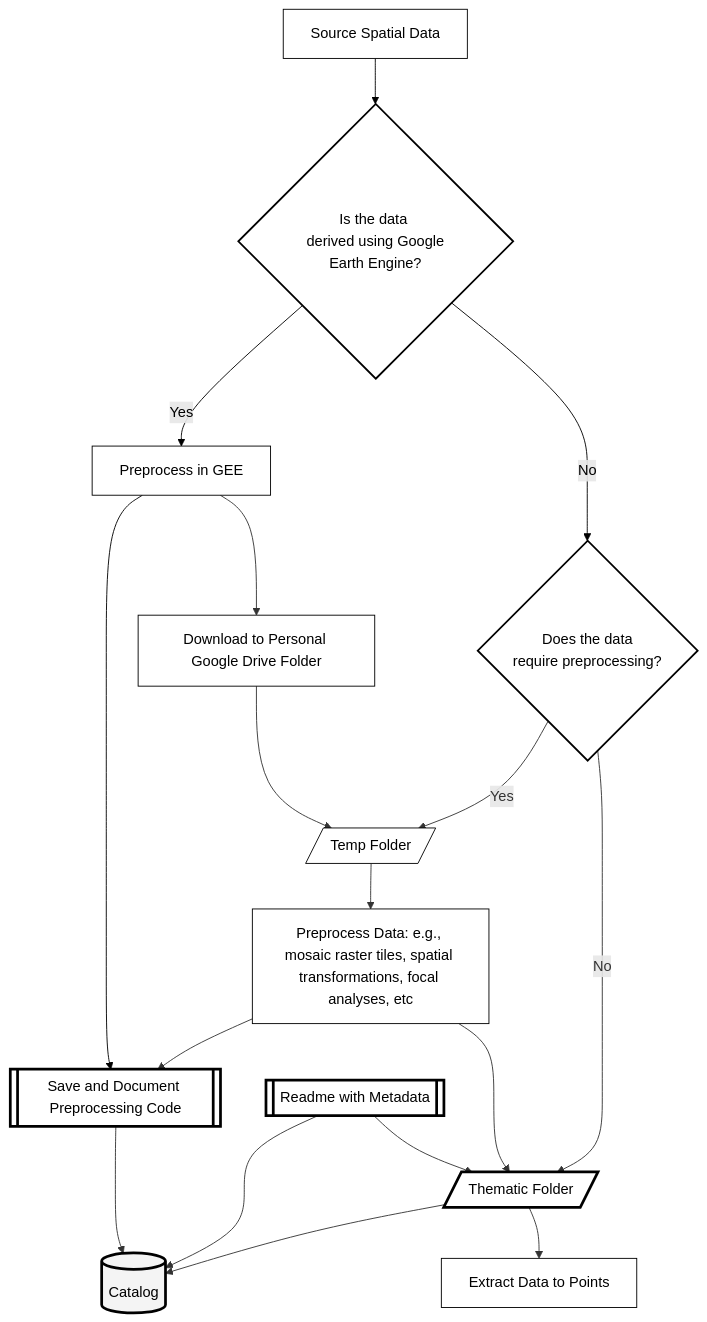
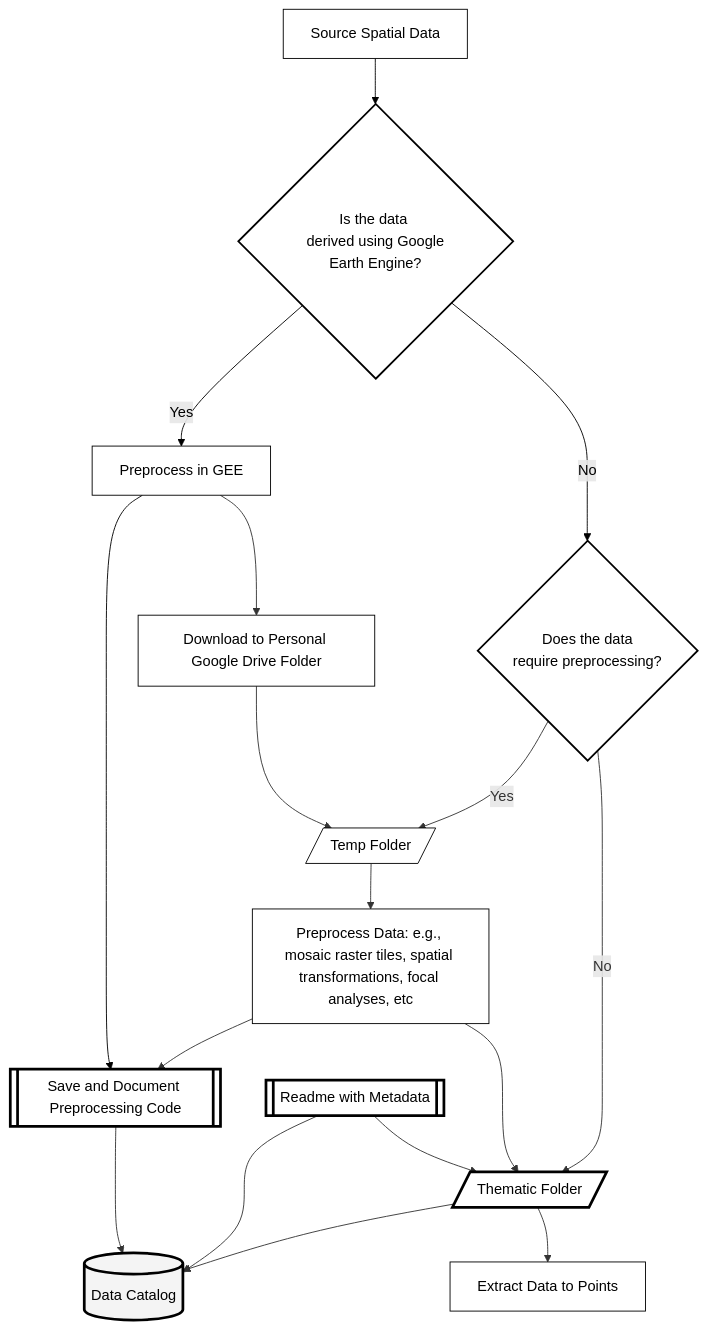
One commit to bgcasey/geospatial_catalog_and_management_guide changed the diagram in README.md. Above: the diagram before and after it, drawn with Mermaid.

````diff
--- a/README.md
+++ b/README.md
@@ -132,44 +132,44 @@
 ```mermaid
 graph TD
     A[Source Spatial Data] --> B{Is the data <br> derived using Google Earth Engine?}
     B -->|Yes| C[Preprocess in GEE]
     B -->|No| D{Does the data <br> require preprocessing?}
     C --> E[[Save and Document Preprocessing Code]]
     C --> F[Download to Personal Google Drive Folder]
     F --> G[/Temp Folder/]
     G --> H[Preprocess Data: e.g., mosaic raster tiles, spatial transformations, focal analyses, etc]    
     H --> E
     H ---> I[/Thematic Folder/]
     
     D -->|Yes| G
     D -->|No| I
     J[[Readme with Metadata]]
     
-    I --> L[(Catalog)]
+    I --> L[(Data Catalog)]
     J --> L
     J --> I
     E --> L
     I --> K[Extract Data to Points]
 
 
     %% Node styles with clean white background and adjusted stroke widths
     style A fill:#FFFFFF,stroke:#000000,stroke-width:1px,color:black
     style B fill:#FFFFFF,stroke:#000000,stroke-width:2px,color:black
     style C fill:#FFFFFF,stroke:#000000,stroke-width:1px,color:black
     style D fill:#FFFFFF,stroke:#000000,stroke-width:2px,color:black
     style E fill:#FFFFFF,stroke:#000000,stroke-width:3px,color:black
     style F fill:#FFFFFF,stroke:#000000,stroke-width:1px,color:black
     style G fill:#FFFFFF,stroke:#000000,stroke-width:1px,color:black
     style H fill:#FFFFFF,stroke:#000000,stroke-width:1px,color:black
     style I fill:#FFFFFF,stroke:#000000,stroke-width:3px,color:black
     style J fill:#FFFFFF,stroke:#000000,stroke-width:3px,color:black
     style K fill:#FFFFFF,stroke:#000000,stroke-width:1px,color:black
     style L fill:#f4f4f4,stroke:#000000,stroke-width:3px,color:black
 
     %% Connector styles for "Yes" and "No"
     linkStyle 0 stroke:#000000,stroke-width:1px,fill:none,color:black
     linkStyle 1 stroke:#000000,stroke-width:1px,fill:none,color:black
     linkStyle 2 stroke:#000000,stroke-width:1px,fill:none,color:black
     linkStyle 3 stroke:#000000,stroke-width:1px,fill:none,color:black
 
 ```
````
